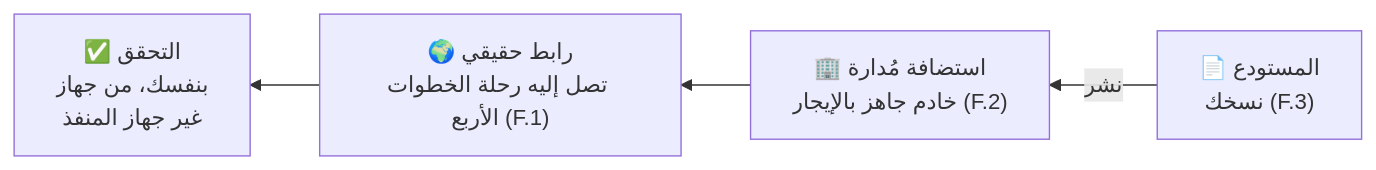
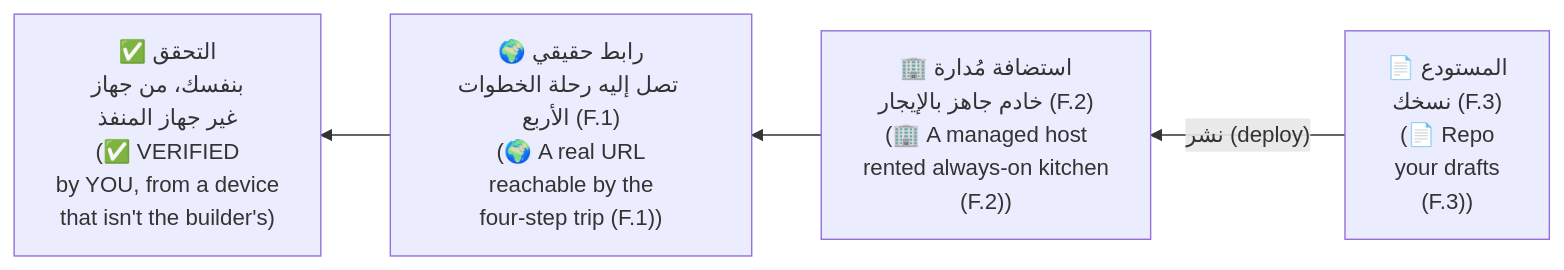
The seventh of 7 diagrams in modules/00-foundations/foundations.ar.md (Tamoura/system-design-for-vibe-coders), drawn with Mermaid before and after one commit. The commit also changed other lines of this file and 62 other files, not shown here.

First line of the commit message:
Arabic editions: English on every diagram label, RTL fixes, rebuild

````diff
--- a/modules/00-foundations/foundations.ar.md
+++ b/modules/00-foundations/foundations.ar.md
@@ -333,6 +333,6 @@
 ```mermaid
 flowchart RL
-    R["📄 المستودع<br/>نسخك (F.3)"] -->|"نشر"| H["🏢 استضافة مُدارة<br/>خادم جاهز بالإيجار (F.2)"]
-    H --> U["🌍 رابط حقيقي<br/>تصل إليه رحلة الخطوات الأربع (F.1)"]
-    U --> V["✅ التحقق<br/>بنفسك، من جهاز<br/>غير جهاز المنفذ"]
+    R["📄 المستودع<br/>نسخك (F.3)<br/>(📄 Repo<br/>your drafts<br/>(F.3))"] -->|"نشر (deploy)"| H["🏢 استضافة مُدارة<br/>خادم جاهز بالإيجار (F.2)<br/>(🏢 A managed host<br/>rented always-on kitchen<br/>(F.2))"]
+    H --> U["🌍 رابط حقيقي<br/>تصل إليه رحلة الخطوات الأربع (F.1)<br/>(🌍 A real URL<br/>reachable by the<br/>four-step trip (F.1))"]
+    U --> V["✅ التحقق<br/>بنفسك، من جهاز<br/>غير جهاز المنفذ<br/>(✅ VERIFIED<br/>by YOU, from a device<br/>that isn't the builder's)"]
 ```
````
